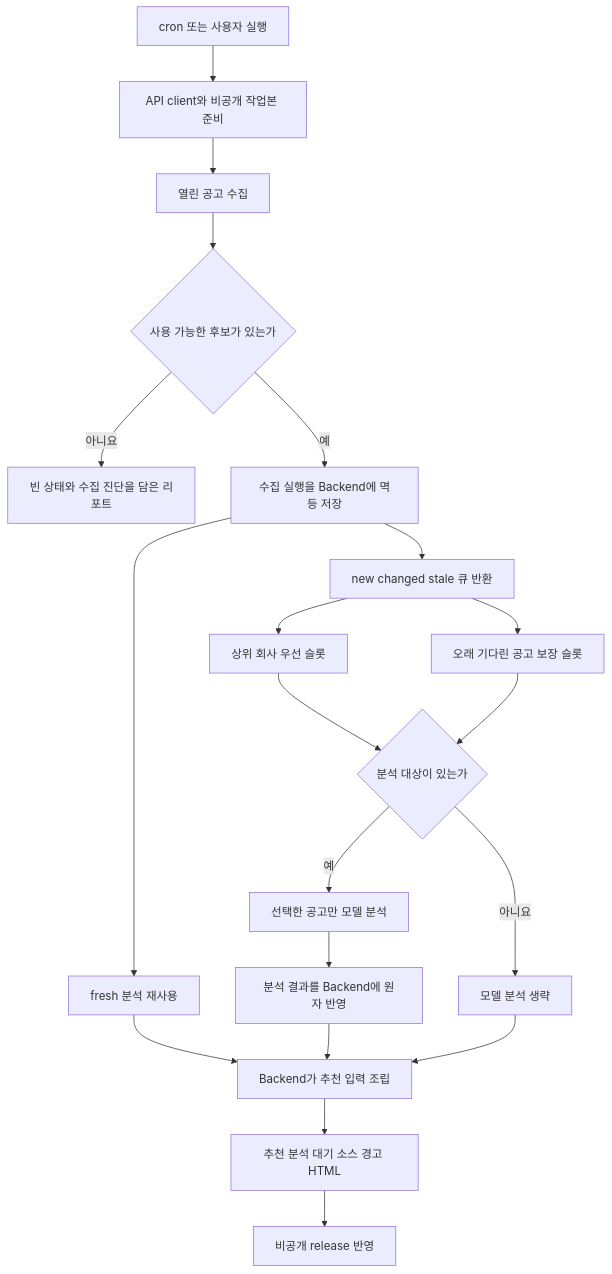
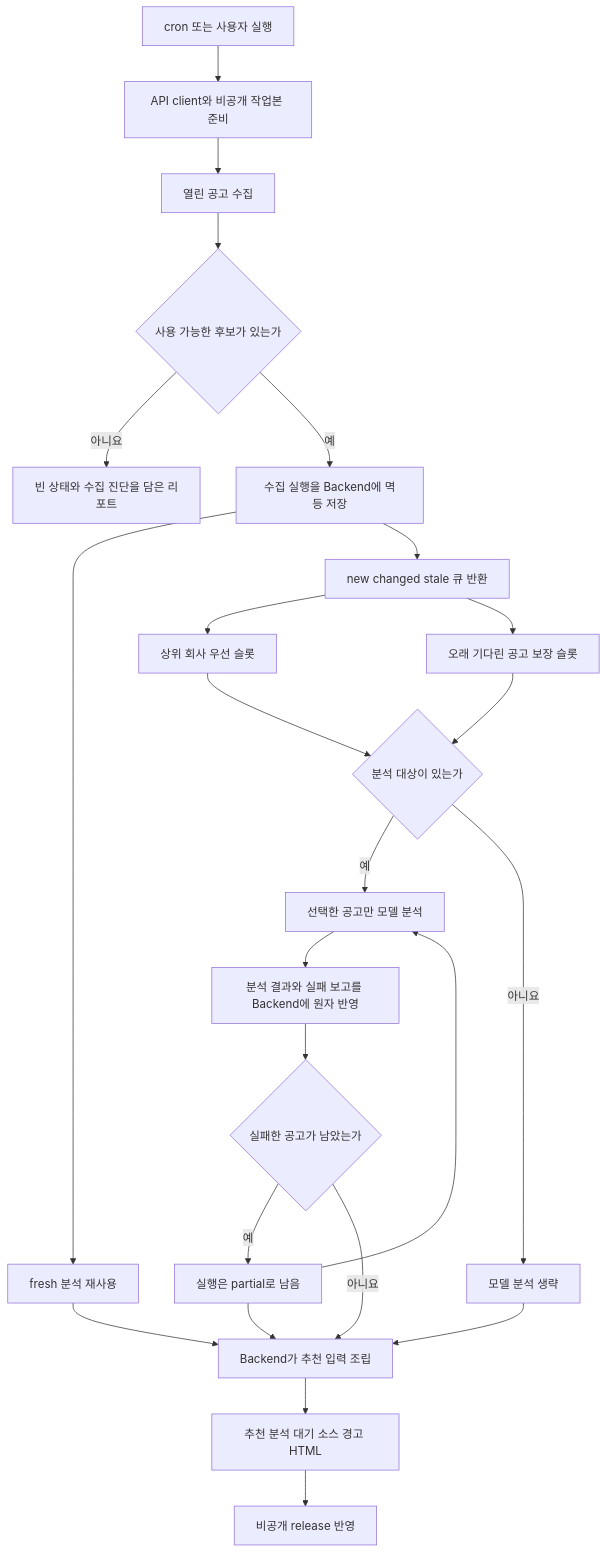
One commit to jon890/fos-agents changed the first of 3 diagrams in career-os/docs/flow.md. Above: the diagram before and after it, drawn with Mermaid. The commit also changed other lines of this file and 8 other files, not shown here.

````diff
--- a/career-os/docs/flow.md
+++ b/career-os/docs/flow.md
@@ -84,22 +85,26 @@
 ```mermaid
 flowchart TD
     A[cron 또는 사용자 실행] --> B[API client와 비공개 작업본 준비]
     B --> C[열린 공고 수집]
     C --> D{사용 가능한 후보가 있는가}
     D -- 아니요 --> E[빈 상태와 수집 진단을 담은 리포트]
     D -- 예 --> F[수집 실행을 Backend에 멱등 저장]
     F --> G[fresh 분석 재사용]
     F --> H[new changed stale 큐 반환]
     H --> I[상위 회사 우선 슬롯]
     H --> J[오래 기다린 공고 보장 슬롯]
     I --> K{분석 대상이 있는가}
     J --> K
     K -- 예 --> L[선택한 공고만 모델 분석]
     K -- 아니요 --> M[모델 분석 생략]
-    L --> N[분석 결과를 Backend에 원자 반영]
+    L --> N[분석 결과와 실패 보고를 Backend에 원자 반영]
+    N --> R{실패한 공고가 남았는가}
+    R -- 예 --> S[실행은 partial로 남음]
+    S --> L
+    S --> O
+    R -- 아니요 --> O
     G --> O[Backend가 추천 입력 조립]
-    N --> O
     M --> O
     O --> P[추천 분석 대기 소스 경고 HTML]
     P --> Q[비공개 release 반영]
 ```
````
